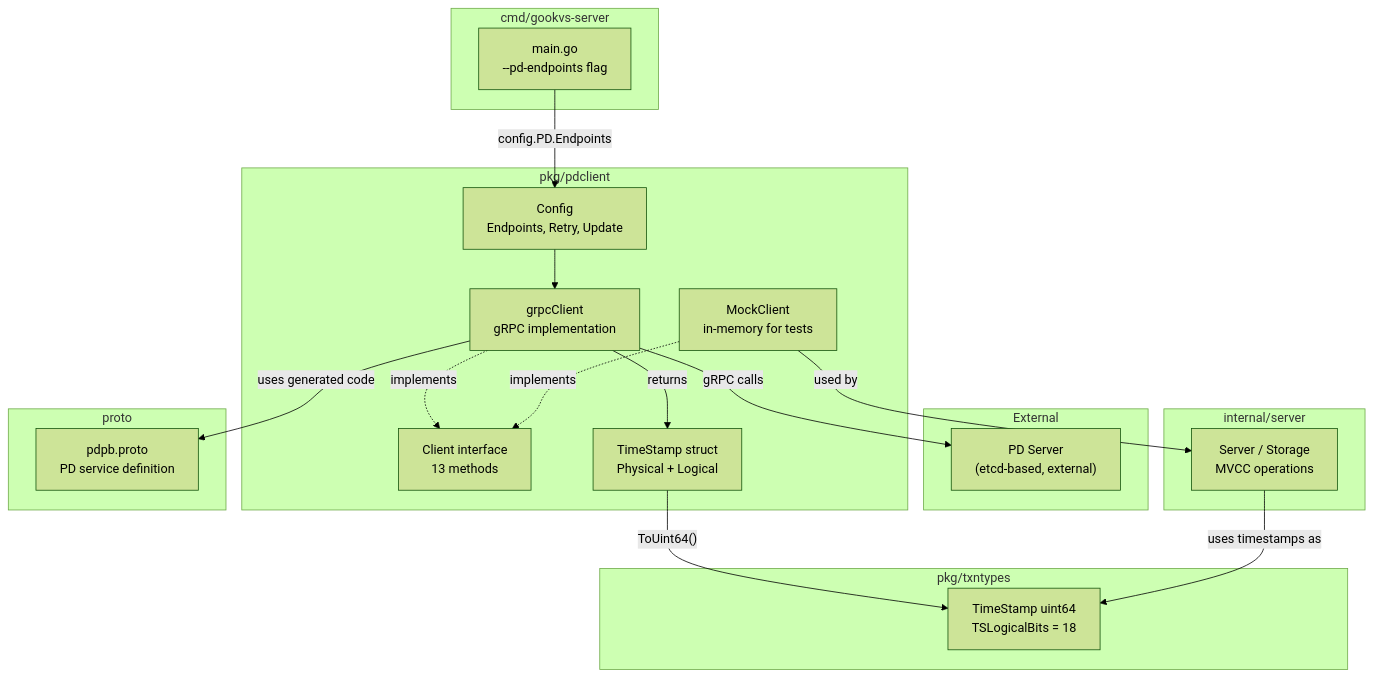
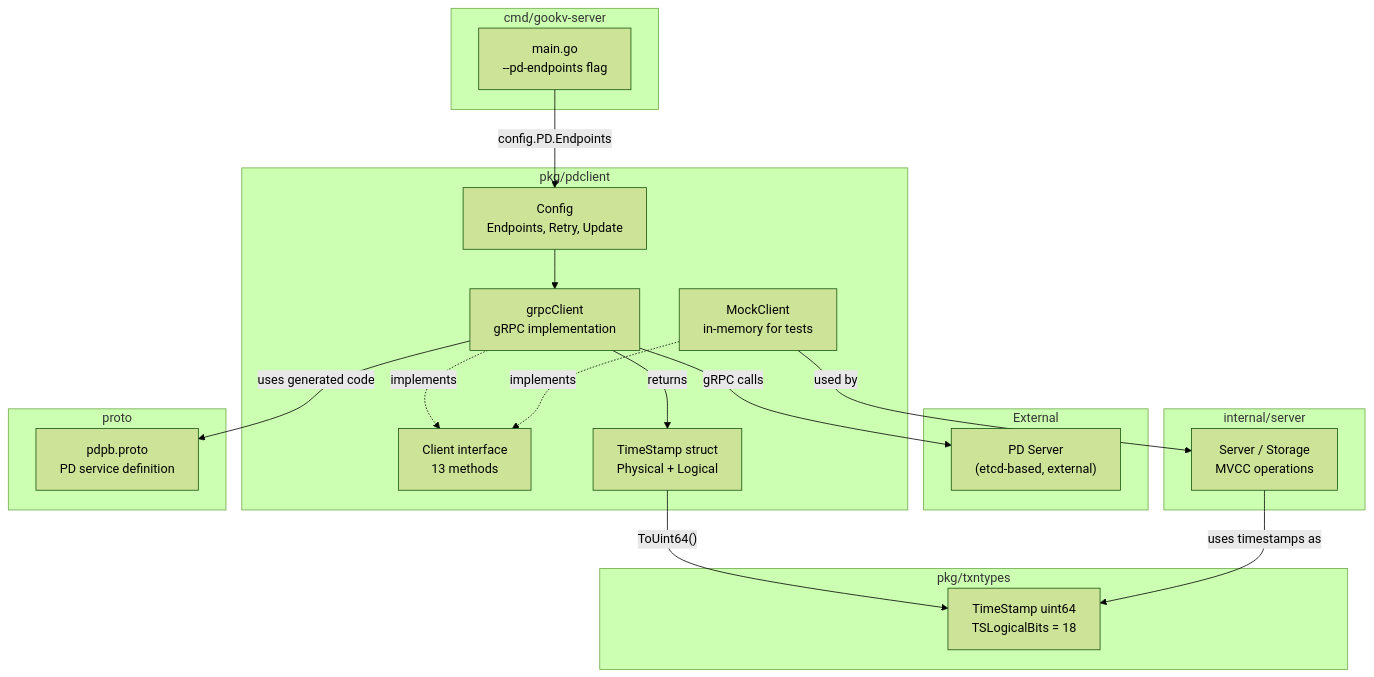
One commit to ryogrid/gookv changed the third of 3 diagrams in impl_doc_0318/05_pd.md. Above: the diagram before and after it, drawn with Mermaid (forest theme). The commit also changed other lines of this file and 126 other files, not shown here.

Commit message:
rename gookvs to gookv

````diff
--- a/impl_doc_0318/05_pd.md
+++ b/impl_doc_0318/05_pd.md
@@ -257,41 +257,41 @@
 ```mermaid
 graph TB
     subgraph External
         PD_SERVER["PD Server<br/>(etcd-based, external)"]
     end
 
-    subgraph "cmd/gookvs-server"
+    subgraph "cmd/gookv-server"
         MAIN["main.go<br/>--pd-endpoints flag"]
     end
 
     subgraph "pkg/pdclient"
         IFACE["Client interface<br/>13 methods"]
         GRPC_IMPL["grpcClient<br/>gRPC implementation"]
         MOCK["MockClient<br/>in-memory for tests"]
         TS_TYPE["TimeStamp struct<br/>Physical + Logical"]
         CONFIG["Config<br/>Endpoints, Retry, Update"]
     end
 
     subgraph "pkg/txntypes"
         TXN_TS["TimeStamp uint64<br/>TSLogicalBits = 18"]
     end
 
     subgraph "internal/server"
         SERVER["Server / Storage<br/>MVCC operations"]
     end
 
     subgraph "proto"
         PDPB["pdpb.proto<br/>PD service definition"]
     end
 
     MAIN -->|"config.PD.Endpoints"| CONFIG
     CONFIG --> GRPC_IMPL
     GRPC_IMPL -->|"gRPC calls"| PD_SERVER
     GRPC_IMPL -.->|implements| IFACE
     MOCK -.->|implements| IFACE
     GRPC_IMPL -->|"uses generated code"| PDPB
     GRPC_IMPL -->|"returns"| TS_TYPE
     TS_TYPE -->|"ToUint64()"| TXN_TS
     SERVER -->|"uses timestamps as"| TXN_TS
     MOCK -->|"used by"| SERVER
 ```
````
